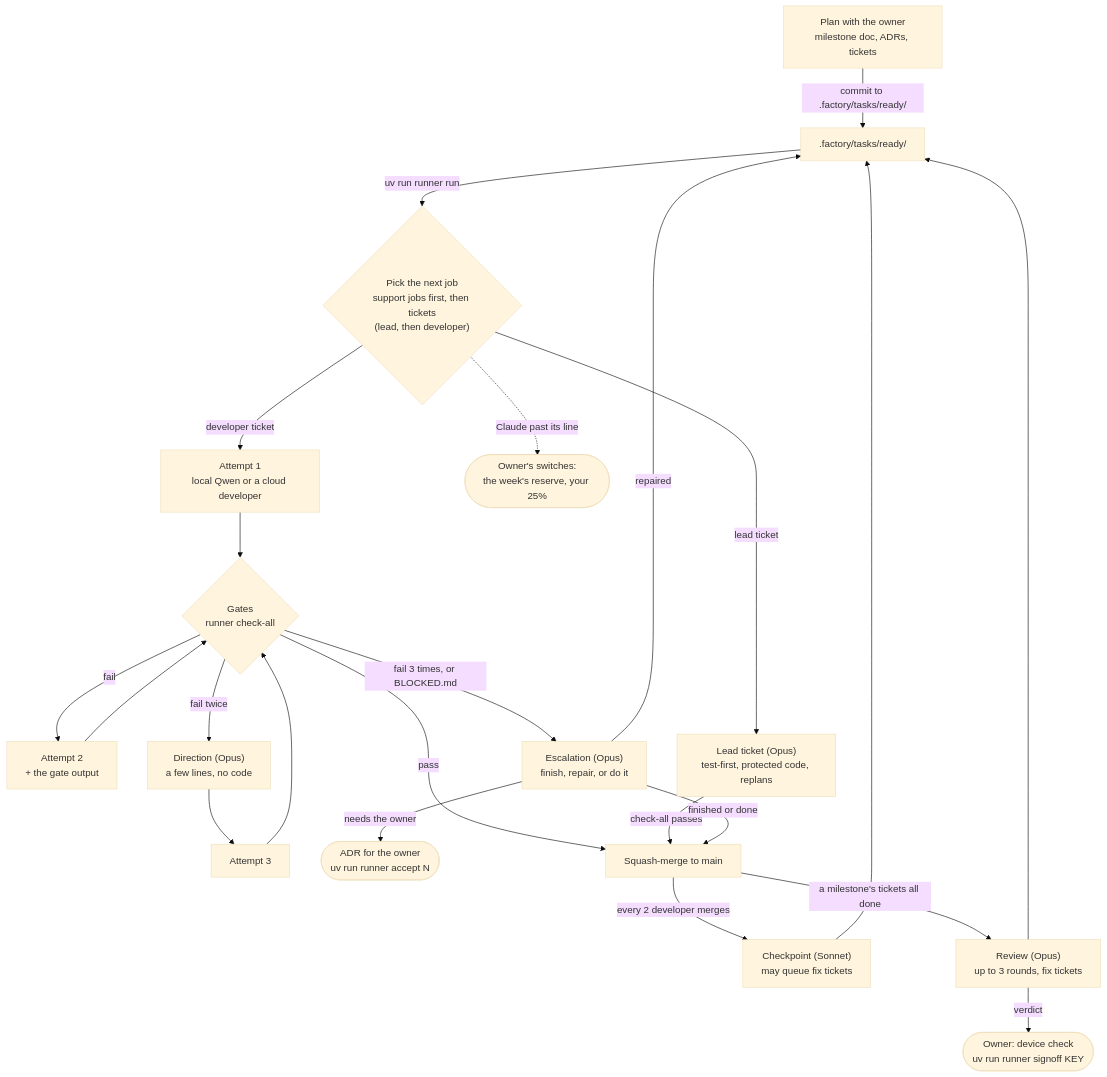
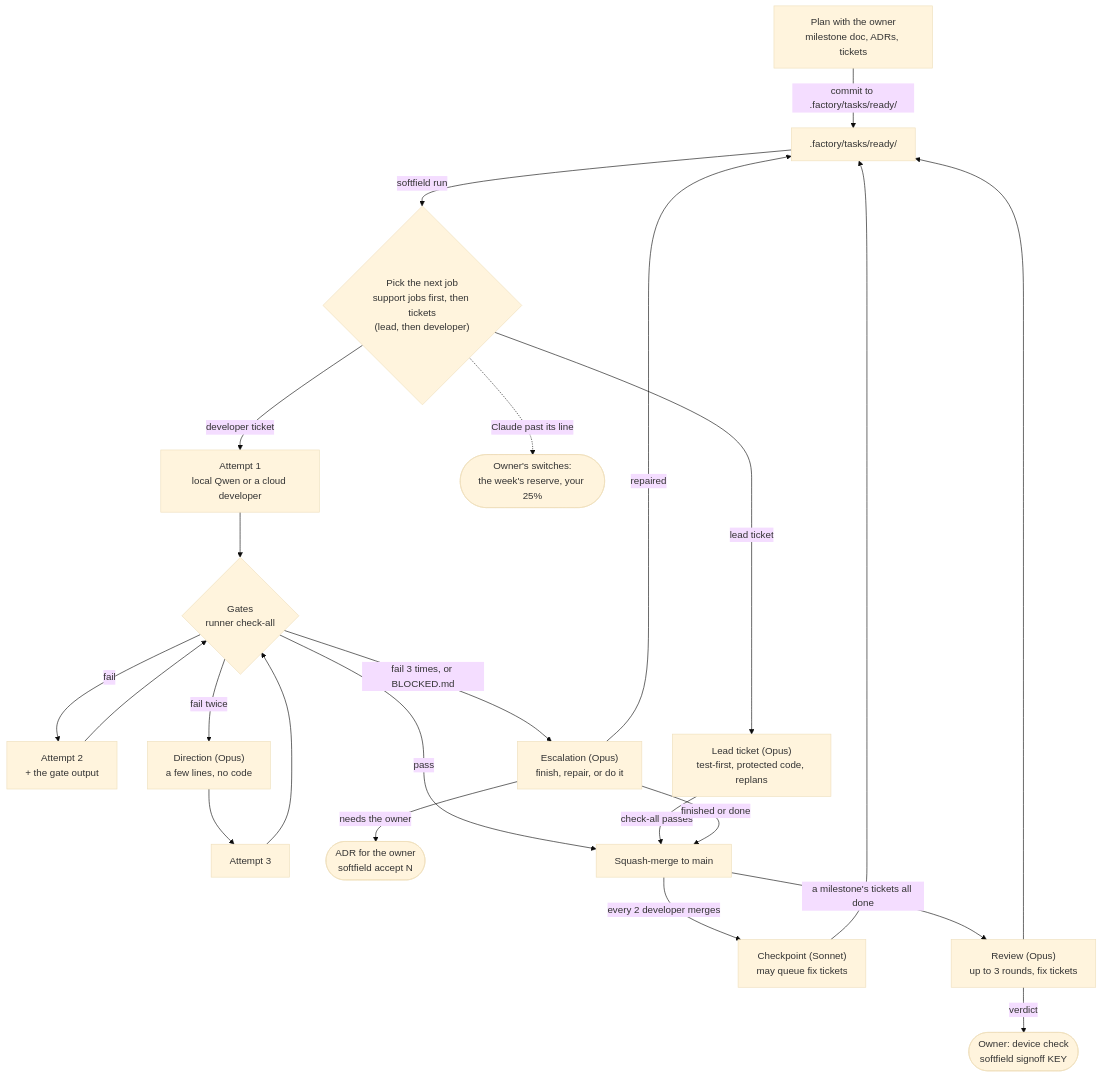
The diagram in docs/how-it-works.md (epayet/softfield), drawn with Mermaid (base theme) before and after one commit. The commit also changed other lines of this file and 22 other files, not shown here.

First line of the commit message:
Softfield: one command, `softfield`; the `runner` alias goes

````diff
--- a/docs/how-it-works.md
+++ b/docs/how-it-works.md
@@ -7,25 +7,25 @@
 ```mermaid
 flowchart TD
   plan["Plan with the owner<br/>milestone doc, ADRs, tickets"] -->|"commit to .factory/tasks/ready/"| ready[".factory/tasks/ready/"]
-  ready -->|"uv run runner run"| pick{"Pick the next job<br/>support jobs first, then tickets<br/>(lead, then developer)"}
+  ready -->|"softfield run"| pick{"Pick the next job<br/>support jobs first, then tickets<br/>(lead, then developer)"}
   pick -->|"developer ticket"| a1["Attempt 1<br/>local Qwen or a cloud developer"]
   a1 --> gates{"Gates<br/>runner check-all"}
   gates -->|fail| a2["Attempt 2<br/>+ the gate output"]
   a2 --> gates
   gates -->|"fail twice"| dir["Direction (Opus)<br/>a few lines, no code"]
   dir --> a3["Attempt 3"]
   a3 --> gates
   gates -->|"fail 3 times, or BLOCKED.md"| esc["Escalation (Opus)<br/>finish, repair, or do it"]
   esc -->|"repaired"| ready
-  esc -->|"needs the owner"| adr(["ADR for the owner<br/>uv run runner accept N"])
+  esc -->|"needs the owner"| adr(["ADR for the owner<br/>softfield accept N"])
   pick -->|"lead ticket"| lead["Lead ticket (Opus)<br/>test-first, protected code, replans"]
   gates -->|pass| merge["Squash-merge to main"]
   lead -->|"check-all passes"| merge
   esc -->|"finished or done"| merge
   merge -->|"every 2 developer merges"| cp["Checkpoint (Sonnet)<br/>may queue fix tickets"]
   cp --> ready
   merge -->|"a milestone's tickets all done"| review["Review (Opus)<br/>up to 3 rounds, fix tickets"]
   review --> ready
-  review -->|"verdict"| signoff(["Owner: device check<br/>uv run runner signoff KEY"])
+  review -->|"verdict"| signoff(["Owner: device check<br/>softfield signoff KEY"])
   pick -.->|"Claude past its line"| reserve(["Owner's switches:<br/>the week's reserve, your 25%"])
 ```
````
